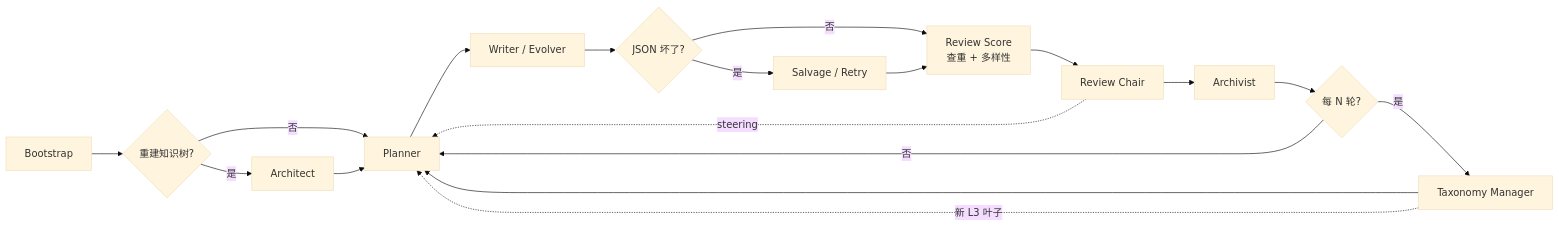
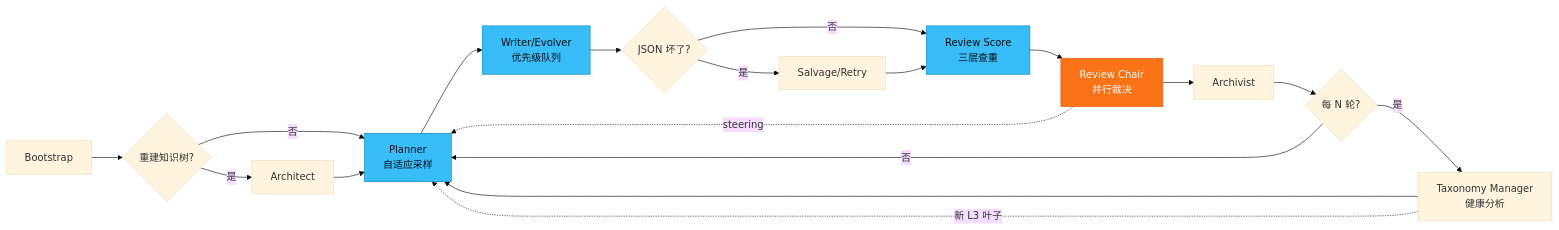
The diagram in README.md (KernelFlow-ops/cuda-sft-qgen), drawn with Mermaid (base theme) before and after one commit. The commit also changed other lines of this file and 150 other files, not shown here.

Commit message:
知识图谱驱动出题：SQLite事务归档为权威存储，生成与审查并发并有背压；每题独立审题，失败留pending不默认放行；规则筛仅拦空泛题，hw/leaf不一致进待审；Planner自适应采样并校验硬件兼容；后台按官方证据扩充审计；新增T31算子域与配置profile，支持resume与训练导出

````diff
--- a/README.md
+++ b/README.md
@@ -9,20 +23,24 @@
 ```mermaid
 flowchart LR
   B[Bootstrap] --> A{重建知识树?}
   A -->|是| Arch[Architect]
   A -->|否| P
-  Arch --> P[Planner]
-  P --> W[Writer / Evolver]
+  Arch --> P[Planner<br/>自适应采样]
+  P --> W[Writer/Evolver<br/>优先级队列]
   W --> S{JSON 坏了?}
-  S -->|是| Salv[Salvage / Retry]
+  S -->|是| Salv[Salvage/Retry]
   S -->|否| R
-  Salv --> R[Review Score<br/>查重 + 多样性]
-  R --> C[Review Chair]
+  Salv --> R[Review Score<br/>三层查重]
+  R --> C[Review Chair<br/>并行裁决]
   C --> Z[Archivist]
   Z --> T{每 N 轮?}
-  T -->|是| M[Taxonomy Manager]
+  T -->|是| M[Taxonomy Manager<br/>健康分析]
   T -->|否| P
   M --> P
   C -.->|steering| P
   M -.->|新 L3 叶子| P
+  style P fill:#38bdf8,stroke:#0284c7,color:#0b0e14
+  style W fill:#38bdf8,stroke:#0284c7,color:#0b0e14
+  style R fill:#38bdf8,stroke:#0284c7,color:#0b0e14
+  style C fill:#f97316,stroke:#ea580c,color:#f8fafc
 ```
````
